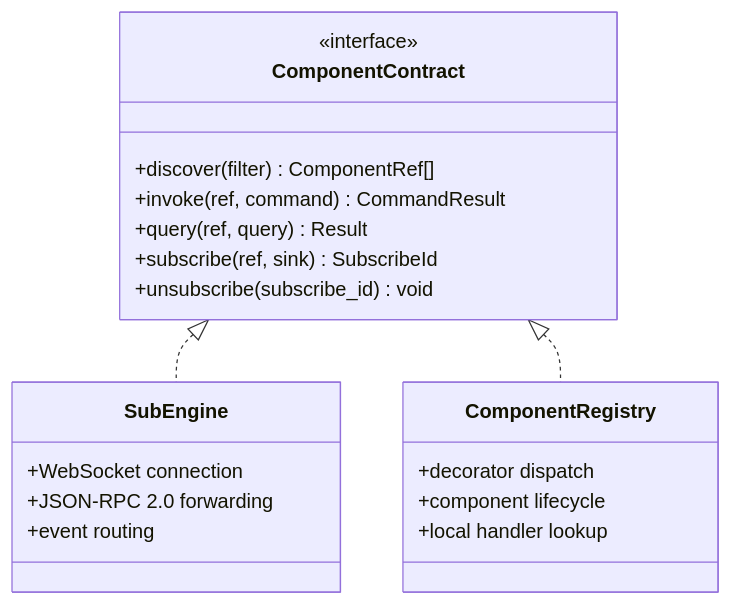
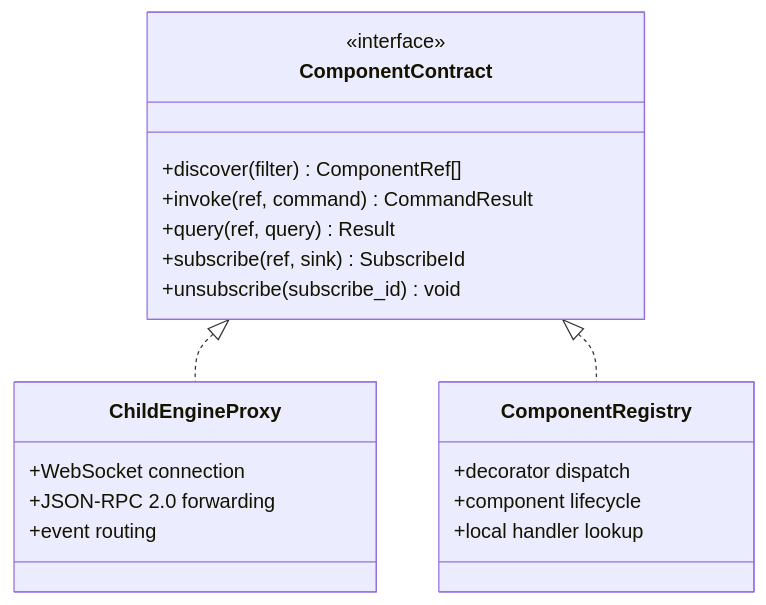
The sixth of 18 diagrams in docs/white-paper.md (openrois/openrois), drawn with Mermaid before and after one commit. The commit also changed other lines of this file and 84 other files, not shown here.

````diff
--- a/docs/white-paper.md
+++ b/docs/white-paper.md
@@ -481,26 +481,26 @@
 ```mermaid
 classDiagram
     class ComponentContract {
         <<interface>>
         +discover(filter) ComponentRef[]
         +invoke(ref, command) CommandResult
         +query(ref, query) Result
         +subscribe(ref, sink) SubscribeId
         +unsubscribe(subscribe_id) void
     }
 
-    class SubEngine {
+    class ChildEngineProxy {
         +WebSocket connection
         +JSON-RPC 2.0 forwarding
         +event routing
     }
 
     class ComponentRegistry {
         +decorator dispatch
         +component lifecycle
         +local handler lookup
     }
 
-    ComponentContract <|.. SubEngine
+    ComponentContract <|.. ChildEngineProxy
     ComponentContract <|.. ComponentRegistry
 ```
````
